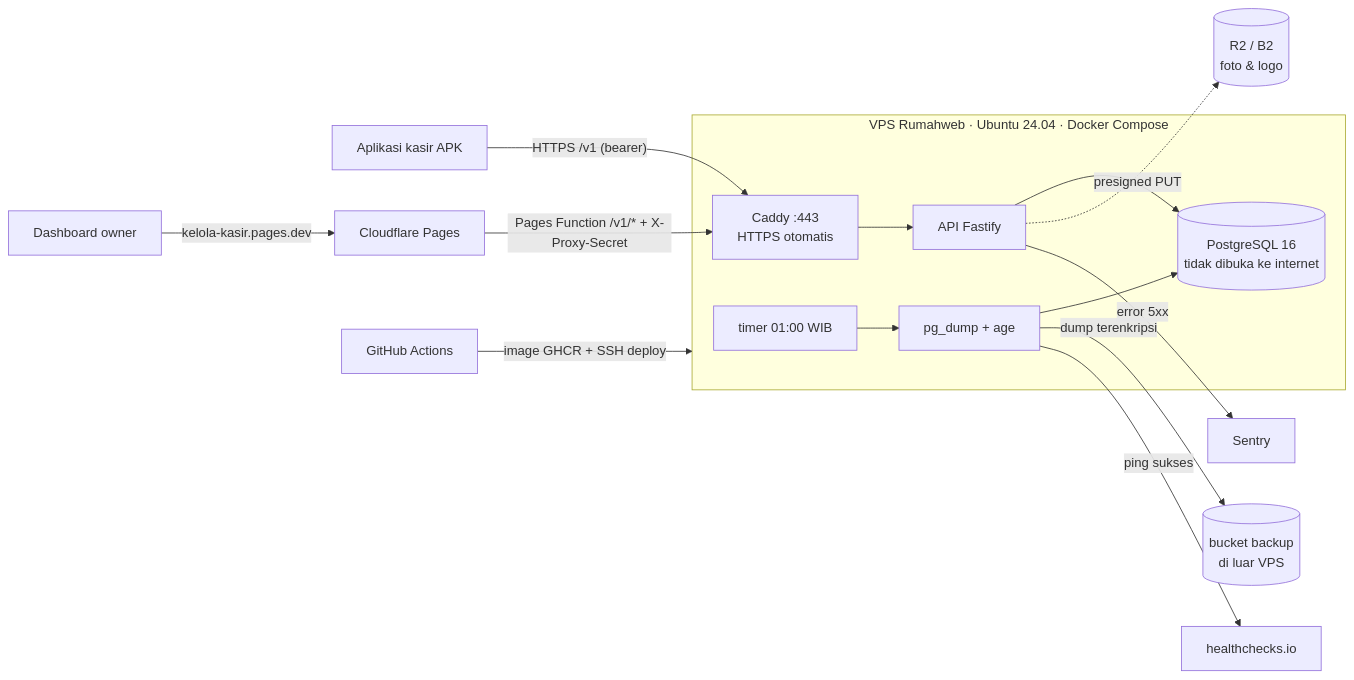
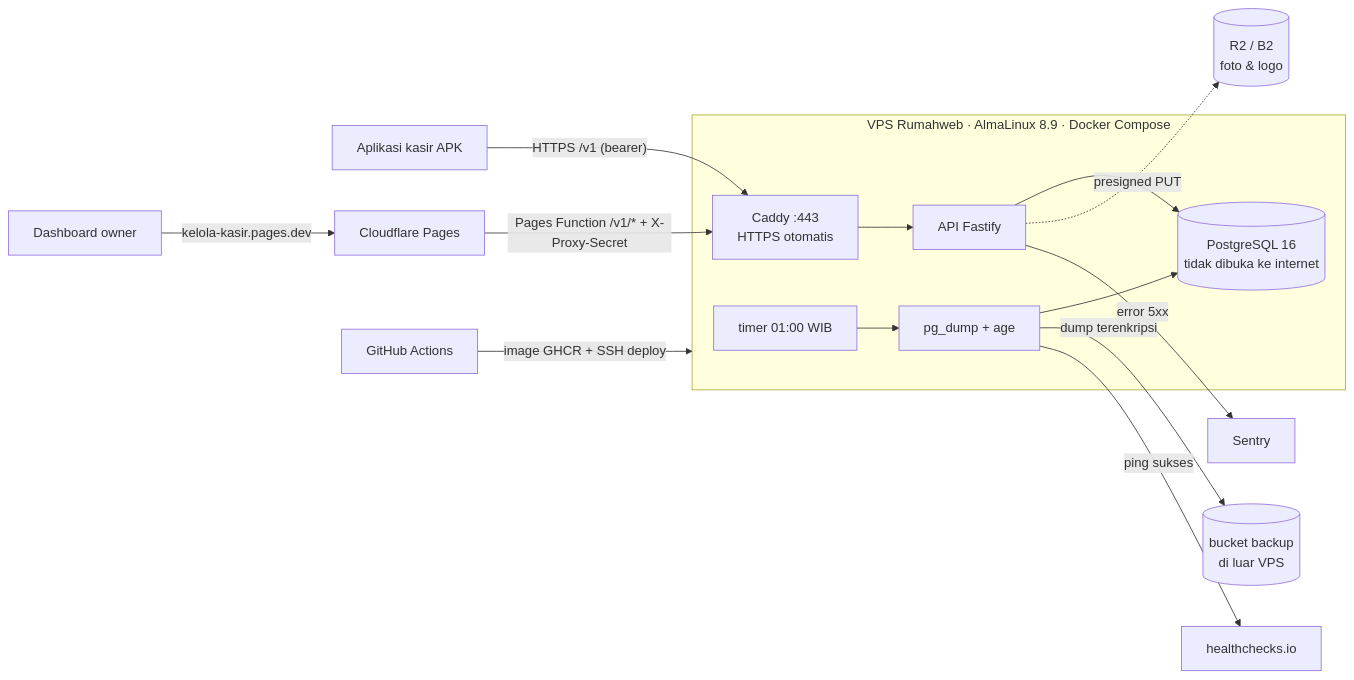
The diagram in docs/ops/deploy.md (simanjuntakalbert57/kelola-kasir), drawn with Mermaid before and after one commit. The commit also changed other lines of this file and 3 other files, not shown here.

First line of the commit message:
ops(vps): support AlmaLinux/Rocky 8-9 in setup.sh

````diff
--- a/docs/ops/deploy.md
+++ b/docs/ops/deploy.md
@@ -9,17 +9,17 @@
 ```mermaid
 flowchart LR
   HP[Aplikasi kasir APK] -- "HTTPS /v1 (bearer)" --> Caddy
   Browser[Dashboard owner] -- "kelola-kasir.pages.dev" --> Pages[Cloudflare Pages]
   Pages -- "Pages Function /v1/* + X-Proxy-Secret" --> Caddy
-  subgraph VPS[VPS Rumahweb · Ubuntu 24.04 · Docker Compose]
+  subgraph VPS[VPS Rumahweb · AlmaLinux 8.9 · Docker Compose]
     Caddy[Caddy :443<br/>HTTPS otomatis] --> API[API Fastify]
     API --> DB[(PostgreSQL 16<br/>tidak dibuka ke internet)]
     Timer[timer 01:00 WIB] --> Backup[pg_dump + age]
     Backup --> DB
   end
   API -. "presigned PUT" .-> R2[(R2 / B2<br/>foto & logo)]
   Backup -- "dump terenkripsi" --> R2b[(bucket backup<br/>di luar VPS)]
   Backup -- "ping sukses" --> HC[healthchecks.io]
   GHA[GitHub Actions] -- "image GHCR + SSH deploy" --> VPS
   API -- "error 5xx" --> Sentry
 ```
````
